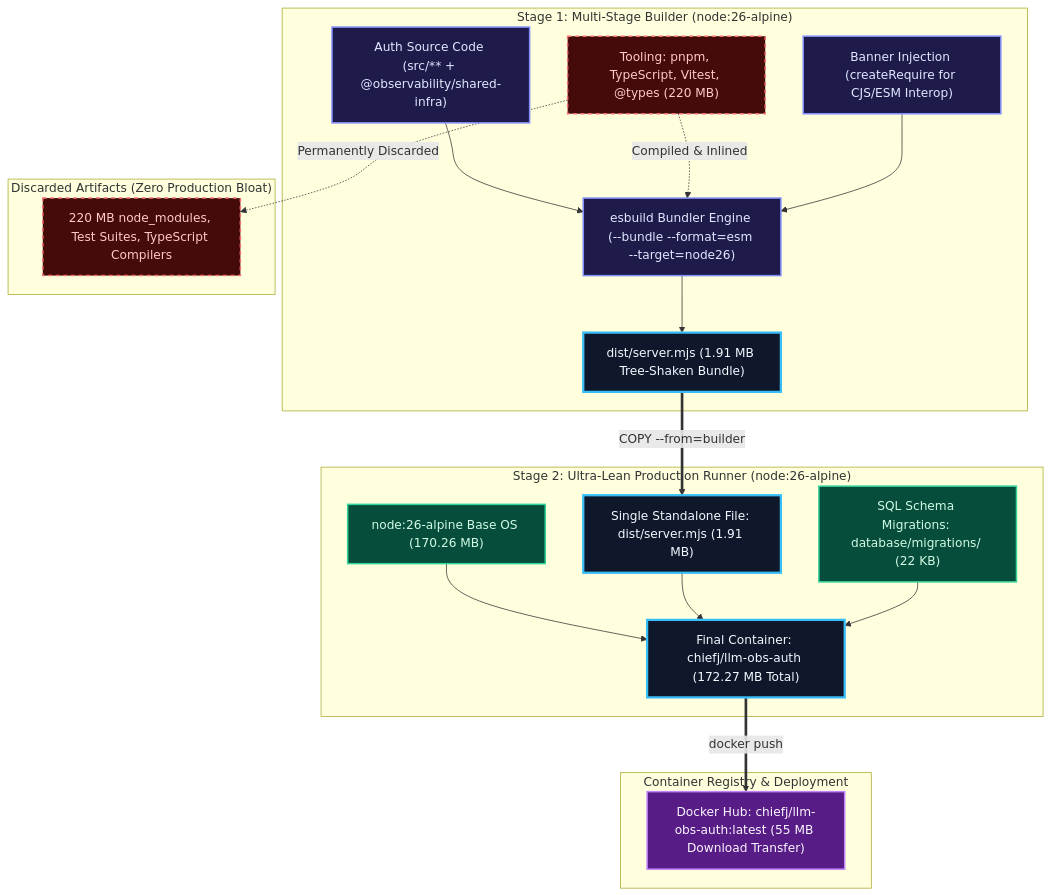
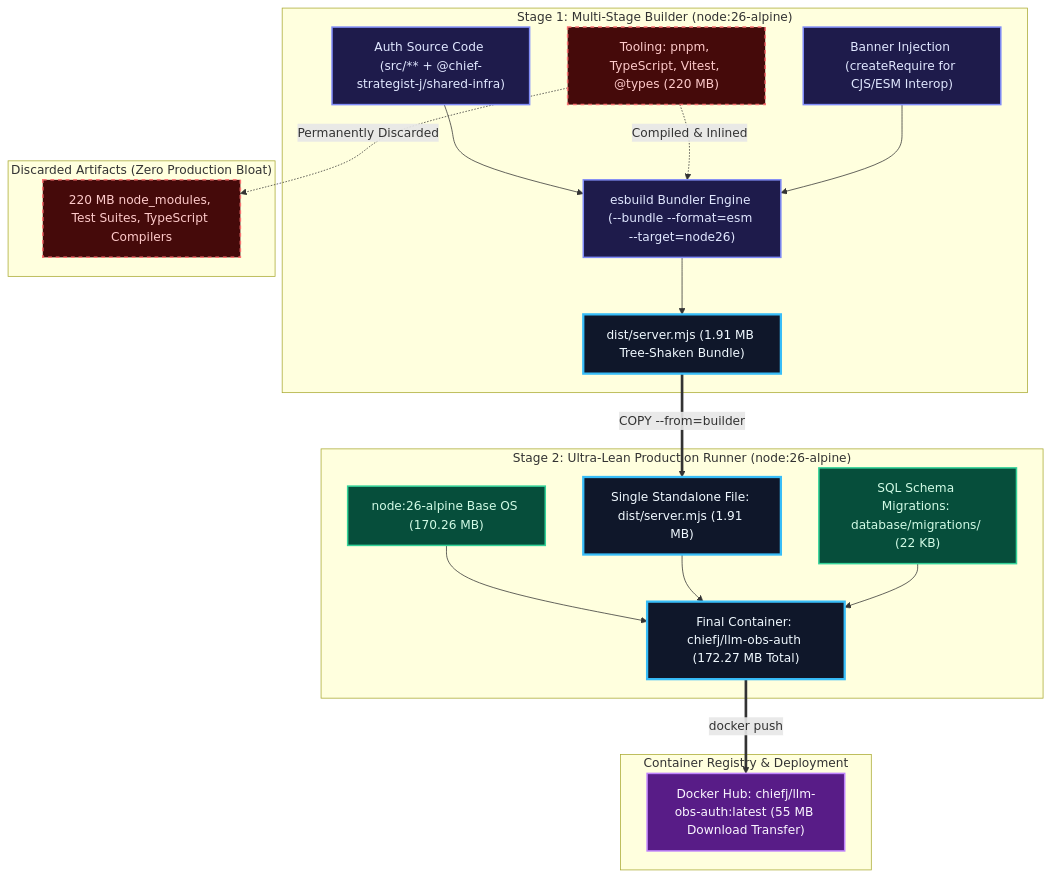
One commit to Chief-Strategist-J/auth changed the first of 3 diagrams in adr/0009-docker-production-image-optimization-tree-shaking-and-v8-memory-tuning.md. Above: the diagram before and after it, drawn with Mermaid. The commit also changed other lines of this file and 26 other files, not shown here.

Commit message:
refactor(shared-infra): update package scope to @chief-strategist-j/shared-infra (^1.0.0)

````diff
--- a/adr/0009-docker-production-image-optimization-tree-shaking-and-v8-memory-tuning.md
+++ b/adr/0009-docker-production-image-optimization-tree-shaking-and-v8-memory-tuning.md
@@ -59,43 +59,43 @@
 ```mermaid
 flowchart TD
     classDef builder fill:#1e1b4b,stroke:#818cf8,stroke-width:2px,color:#e0e7ff;
     classDef discard fill:#450a0a,stroke:#f87171,stroke-width:2px,stroke-dasharray: 5 5,color:#fecaca;
     classDef runner fill:#064e3b,stroke:#34d399,stroke-width:2px,color:#d1fae5;
     classDef output fill:#0f172a,stroke:#38bdf8,stroke-width:3px,color:#f0f9ff;
     classDef hub fill:#581c87,stroke:#c084fc,stroke-width:2px,color:#faf5ff;
 
     subgraph Stage1["Stage 1: Multi-Stage Builder (node:26-alpine)"]
-        SrcCode["Auth Source Code (src/** + @observability/shared-infra)"]:::builder
+        SrcCode["Auth Source Code (src/** + @chief-strategist-j/shared-infra)"]:::builder
         DevPkgs["Tooling: pnpm, TypeScript, Vitest, @types (220 MB)"]:::discard
         EsbuildEngine["esbuild Bundler Engine (--bundle --format=esm --target=node26)"]:::builder
         ESMShim["Banner Injection (createRequire for CJS/ESM Interop)"]:::builder
         BundleArtifact["dist/server.mjs (1.91 MB Tree-Shaken Bundle)"]:::output
 
         SrcCode --> EsbuildEngine
         DevPkgs -.->|Compiled & Inlined| EsbuildEngine
         ESMShim --> EsbuildEngine
         EsbuildEngine --> BundleArtifact
     end
 
     subgraph Stage2["Stage 2: Ultra-Lean Production Runner (node:26-alpine)"]
         AlpineBase["node:26-alpine Base OS (170.26 MB)"]:::runner
         AppBundle["Single Standalone File: dist/server.mjs (1.91 MB)"]:::output
         Migrations["SQL Schema Migrations: database/migrations/ (22 KB)"]:::runner
         
         AlpineBase --> RunnerContainer["Final Container: chiefj/llm-obs-auth (172.27 MB Total)"]:::output
         AppBundle --> RunnerContainer
         Migrations --> RunnerContainer
     end
 
     subgraph Discarded["Discarded Artifacts (Zero Production Bloat)"]
         WasteModules["220 MB node_modules, Test Suites, TypeScript Compilers"]:::discard
     end
 
     subgraph Distribution["Container Registry & Deployment"]
         DockerHubRegistry["Docker Hub: chiefj/llm-obs-auth:latest (55 MB Download Transfer)"]:::hub
     end
 
     DevPkgs -.->|Permanently Discarded| WasteModules
     BundleArtifact ==>|COPY --from=builder| AppBundle
     RunnerContainer ==>|docker push| DockerHubRegistry
 ```
````
